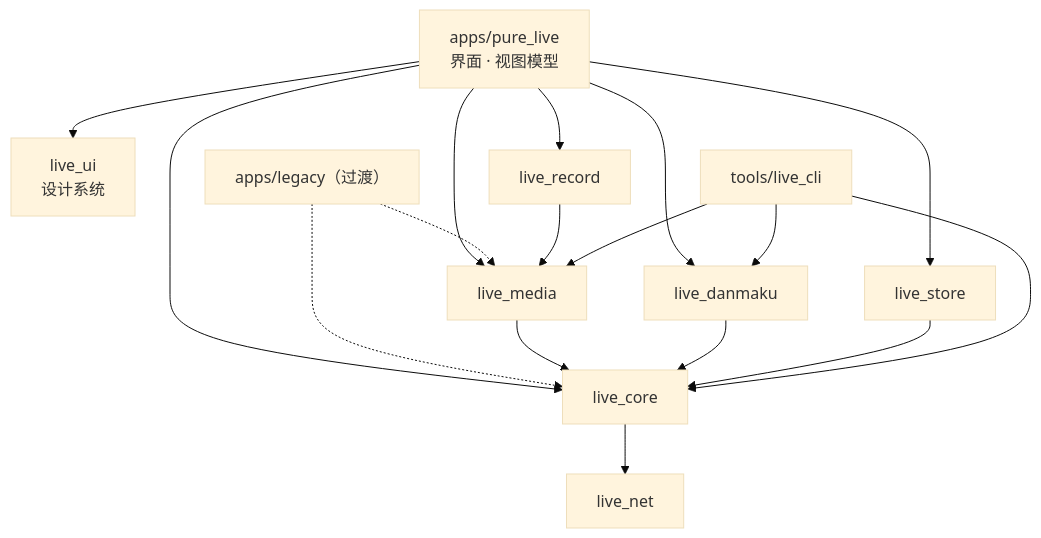
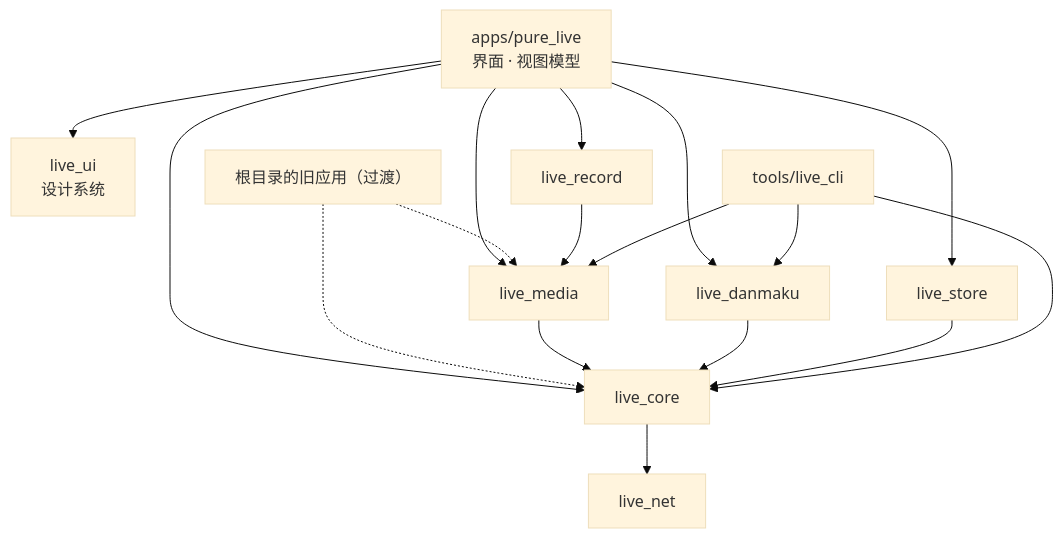
The first of 3 diagrams in docs/rewrite/PLAN.md (wzgrx/pure_live), drawn with Mermaid (base theme) before and after one commit. The commit also changed other lines of this file and 5 other files, not shown here.

````diff
--- a/docs/rewrite/PLAN.md
+++ b/docs/rewrite/PLAN.md
@@ -205,19 +205,19 @@
 ```mermaid
 flowchart TD
   app["apps/pure_live<br/>界面 · 视图模型"] --> ui["live_ui<br/>设计系统"]
   app --> media["live_media"]
   app --> record["live_record"]
   app --> dm["live_danmaku"]
   app --> store["live_store"]
   app --> core["live_core"]
-  legacy["apps/legacy（过渡）"] -.-> core
+  legacy["根目录的旧应用（过渡）"] -.-> core
   legacy -.-> media
   record --> media
   media --> core
   dm --> core
   core --> net["live_net"]
   store --> core
   cli["tools/live_cli"] --> core
   cli --> media
   cli --> dm
 ```
````
